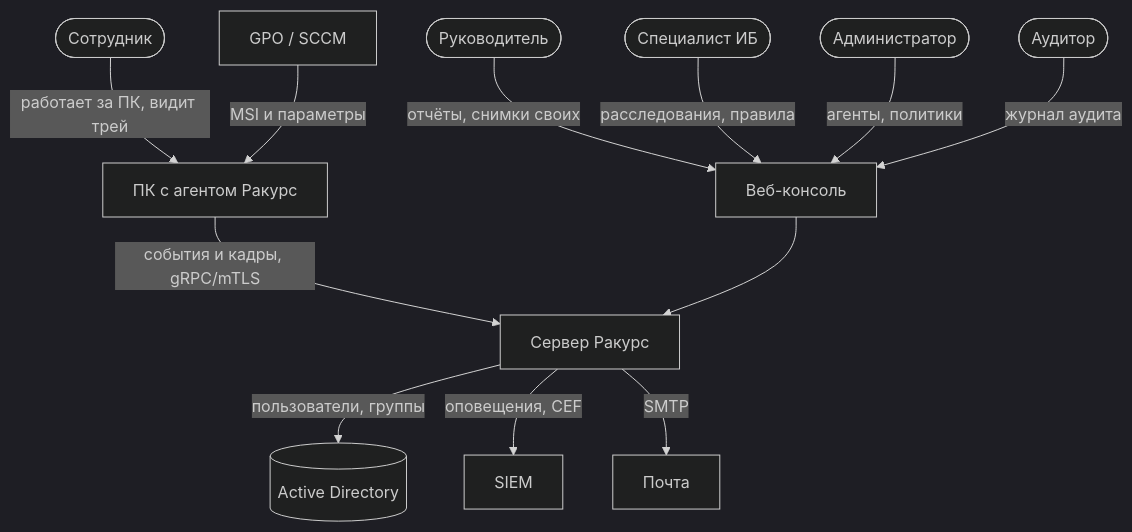
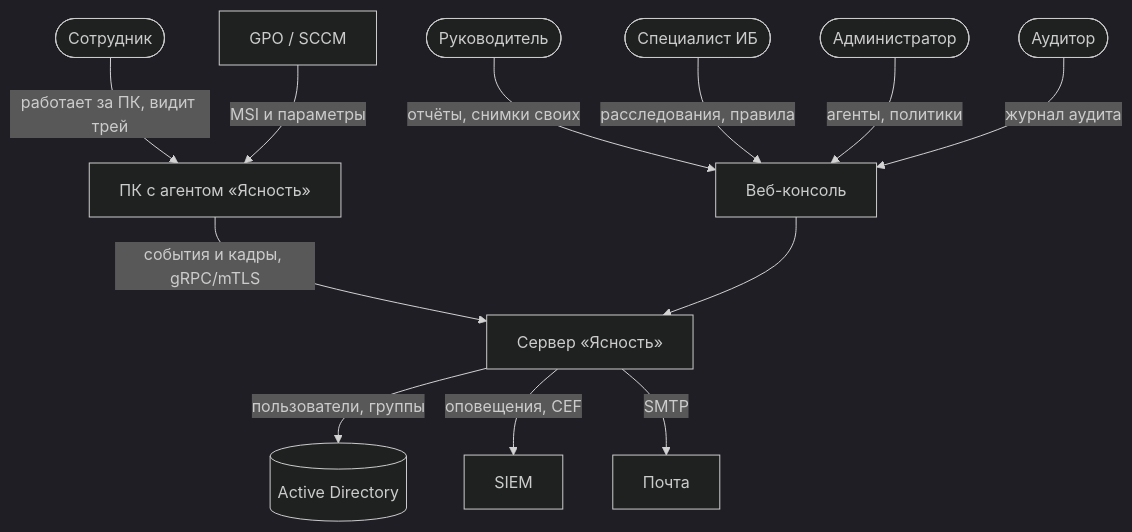
Before and after one commit to Nyrokume/rakurs-docs: the first of 5 diagrams in content/architecture.md, drawn with Mermaid (dark theme). The commit also changed other lines of this file and 27 other files, not shown here.

````diff
--- a/content/architecture.md
+++ b/content/architecture.md
@@ -9,14 +11,14 @@
 ```mermaid Система и её окружение
 flowchart TB
-  emp([Сотрудник]) -- работает за ПК, видит трей --> pc[ПК с агентом Ракурс]
-  pc -- события и кадры, gRPC/mTLS --> srv[Сервер Ракурс]
+  emp([Сотрудник]) -- работает за ПК, видит трей --> pc[ПК с агентом «Ясность»]
+  pc -- события и кадры, gRPC/mTLS --> srv[Сервер «Ясность»]
   mgr([Руководитель]) -- отчёты, снимки своих --> con[Веб-консоль]
   sec([Специалист ИБ]) -- расследования, правила --> con
   adm([Администратор]) -- агенты, политики --> con
   aud([Аудитор]) -- журнал аудита --> con
   con --> srv
   srv -- пользователи, группы --> ad[(Active Directory)]
   srv -- оповещения, CEF --> siem[SIEM]
   srv -- SMTP --> mail[Почта]
   gpo[GPO / SCCM] -- MSI и параметры --> pc
 ```
````
